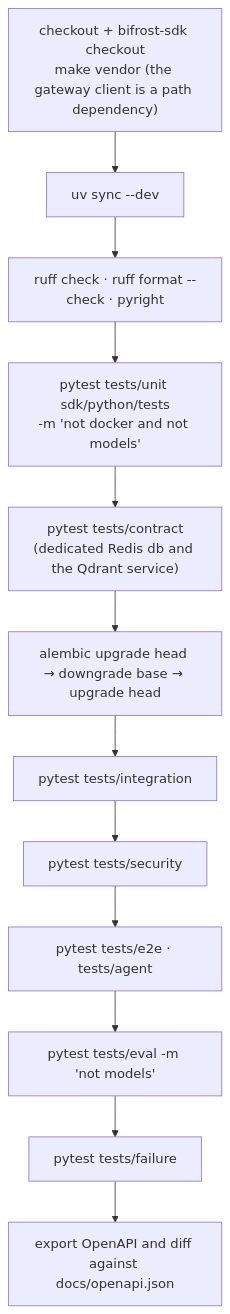
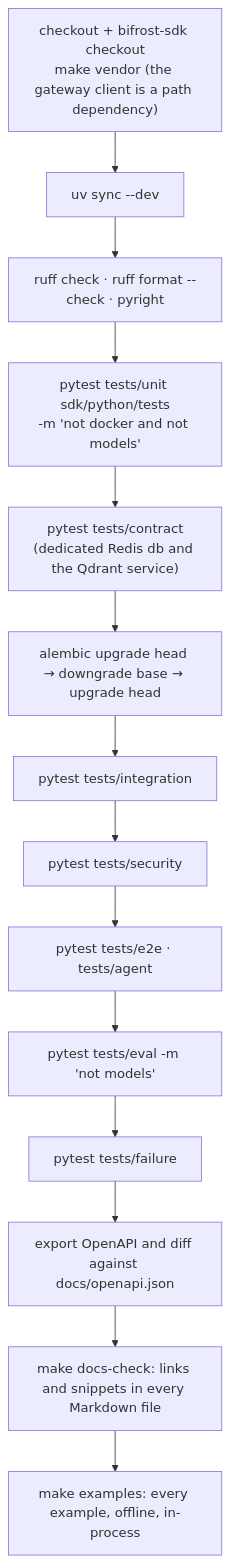
The first of 2 diagrams in docs/guide/12-testing-and-gates.md (amitmohapatra/agent-memory-service), drawn with Mermaid before and after one commit. The commit also changed other lines of this file and 15 other files, not shown here.

````diff
--- a/docs/guide/12-testing-and-gates.md
+++ b/docs/guide/12-testing-and-gates.md
@@ -47,14 +47,16 @@
 ```mermaid
 flowchart TB
   A["checkout + bifrost-sdk checkout<br/>make vendor (the gateway client is a path dependency)"] --> B["uv sync --dev"]
   B --> C["ruff check · ruff format --check · pyright"]
   C --> D["pytest tests/unit sdk/python/tests<br/>-m 'not docker and not models'"]
   D --> E["pytest tests/contract<br/>(dedicated Redis db and the Qdrant service)"]
   E --> F["alembic upgrade head → downgrade base → upgrade head"]
   F --> G["pytest tests/integration"]
   G --> H["pytest tests/security"]
   H --> I["pytest tests/e2e · tests/agent"]
   I --> J["pytest tests/eval -m 'not models'"]
   J --> K["pytest tests/failure"]
   K --> L["export OpenAPI and diff against docs/openapi.json"]
+  L --> M["make docs-check: links and snippets in every Markdown file"]
+  M --> N["make examples: every example, offline, in-process"]
 ```
````
